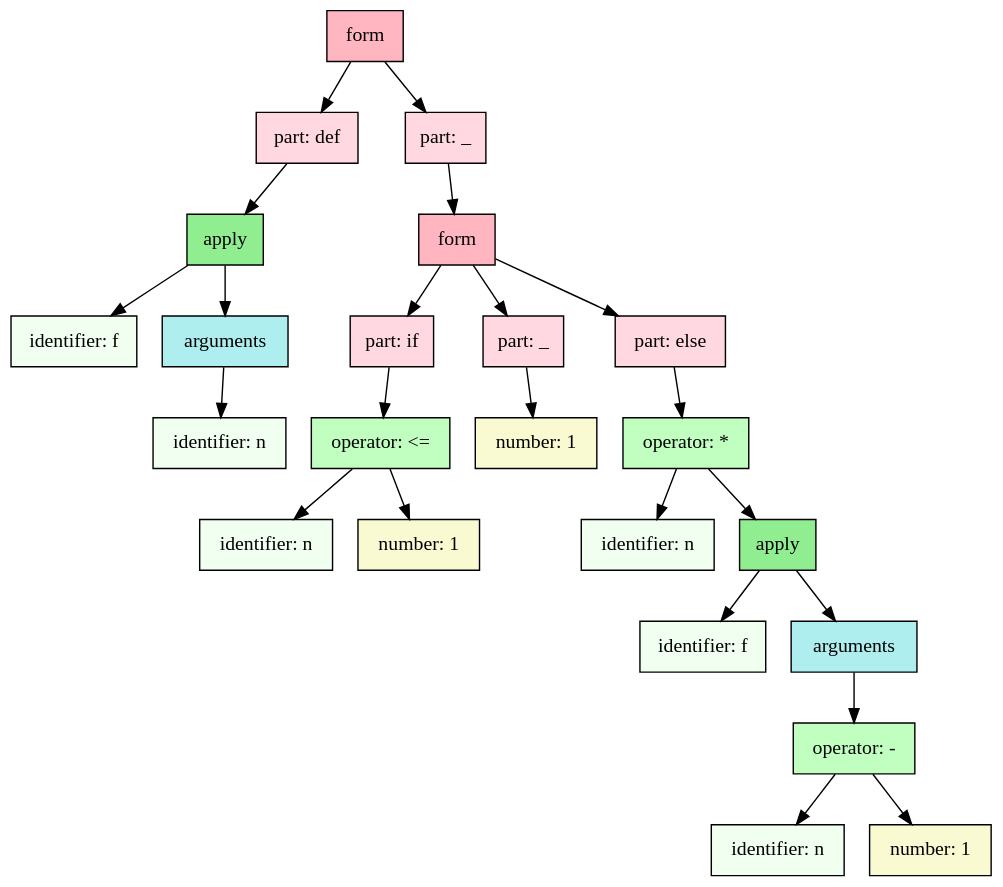
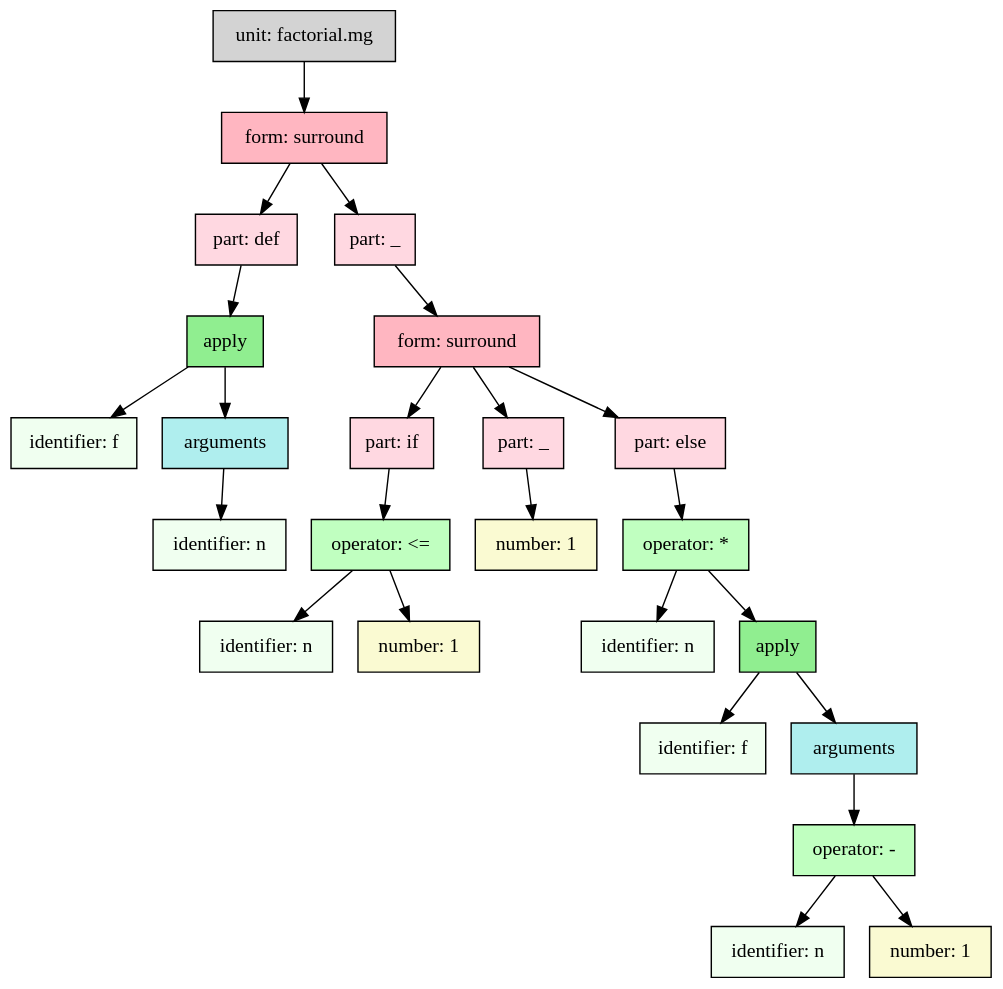
Before and after one commit to monogram-project/monogram: the second of 2 diagrams in docs/factorial.md, drawn with Graphviz. The commit also changed other lines of this file and 10 other files, not shown here.

````diff
--- a/docs/factorial.md
+++ b/docs/factorial.md
@@ -343,51 +358,53 @@
 ```dot
 digraph G {
   bgcolor="transparent";
   node [shape="box", style="filled", fontname="Ubuntu Mono"];
-  "125100571592000" [label="form", shape="box", fillcolor="lightpink"];
-  "125100571592080" [label="part: def", shape="box", fillcolor="#FFD8E1"];
-  "125100571592000" -> "125100571592080";
-  "125100571592160" [label="apply", shape="box", fillcolor="lightgreen"];
-  "125100571592080" -> "125100571592160";
-  "125100571592240" [label="identifier: f", shape="box", fillcolor="Honeydew"];
-  "125100571592160" -> "125100571592240";
-  "125100571592320" [label="arguments", shape="box", fillcolor="PaleTurquoise"];
-  "125100571592160" -> "125100571592320";
-  "125100571592400" [label="identifier: n", shape="box", fillcolor="Honeydew"];
-  "125100571592320" -> "125100571592400";
-  "125100571592480" [label="part: _", shape="box", fillcolor="#FFD8E1"];
-  "125100571592000" -> "125100571592480";
-  "125100571592560" [label="form", shape="box", fillcolor="lightpink"];
-  "125100571592480" -> "125100571592560";
-  "125100571592640" [label="part: if", shape="box", fillcolor="#FFD8E1"];
-  "125100571592560" -> "125100571592640";
-  "125100571592720" [label="operator: <=", shape="box", fillcolor="#C0FFC0"];
-  "125100571592640" -> "125100571592720";
-  "125100571592800" [label="identifier: n", shape="box", fillcolor="Honeydew"];
-  "125100571592720" -> "125100571592800";
-  "125100571592880" [label="number: 1", shape="box", fillcolor="lightgoldenrodyellow"];
-  "125100571592720" -> "125100571592880";
-  "125100571592960" [label="part: _", shape="box", fillcolor="#FFD8E1"];
-  "125100571592560" -> "125100571592960";
-  "125100571593040" [label="number: 1", shape="box", fillcolor="lightgoldenrodyellow"];
-  "125100571592960" -> "125100571593040";
-  "125100571593120" [label="part: else", shape="box", fillcolor="#FFD8E1"];
-  "125100571592560" -> "125100571593120";
-  "125100571593200" [label="operator: *", shape="box", fillcolor="#C0FFC0"];
-  "125100571593120" -> "125100571593200";
-  "125100571593280" [label="identifier: n", shape="box", fillcolor="Honeydew"];
-  "125100571593200" -> "125100571593280";
-  "125100571593360" [label="apply", shape="box", fillcolor="lightgreen"];
-  "125100571593200" -> "125100571593360";
-  "125100571593520" [label="identifier: f", shape="box", fillcolor="Honeydew"];
-  "125100571593360" -> "125100571593520";
-  "125100571593680" [label="arguments", shape="box", fillcolor="PaleTurquoise"];
-  "125100571593360" -> "125100571593680";
-  "125100571593840" [label="operator: -", shape="box", fillcolor="#C0FFC0"];
-  "125100571593680" -> "125100571593840";
-  "125100571594000" [label="identifier: n", shape="box", fillcolor="Honeydew"];
-  "125100571593840" -> "125100571594000";
-  "125100571594160" [label="number: 1", shape="box", fillcolor="lightgoldenrodyellow"];
-  "125100571593840" -> "125100571594160";
+  "node_0xc0000a8a50" [label="unit: factorial.mg", shape="box", fillcolor="lightgray"];
+  "node_0xc0000a89c0" [label="form: surround", shape="box", fillcolor="lightpink"];
+  "node_0xc0000a8a50" -> "node_0xc0000a89c0";
+  "node_0xc0000a8360" [label="part: def", shape="box", fillcolor="#FFD8E1"];
+  "node_0xc0000a89c0" -> "node_0xc0000a8360";
+  "node_0xc0000a8300" [label="apply", shape="box", fillcolor="lightgreen"];
+  "node_0xc0000a8360" -> "node_0xc0000a8300";
+  "node_0xc0000a8210" [label="identifier: f", shape="box", fillcolor="Honeydew"];
+  "node_0xc0000a8300" -> "node_0xc0000a8210";
+  "node_0xc0000a82a0" [label="arguments", shape="box", fillcolor="PaleTurquoise"];
+  "node_0xc0000a8300" -> "node_0xc0000a82a0";
+  "node_0xc0000a8270" [label="identifier: n", shape="box", fillcolor="Honeydew"];
+  "node_0xc0000a82a0" -> "node_0xc0000a8270";
+  "node_0xc0000a8990" [label="part: _", shape="box", fillcolor="#FFD8E1"];
+  "node_0xc0000a89c0" -> "node_0xc0000a8990";
+  "node_0xc0000a8900" [label="form: surround", shape="box", fillcolor="lightpink"];
+  "node_0xc0000a8990" -> "node_0xc0000a8900";
+  "node_0xc0000a84e0" [label="part: if", shape="box", fillcolor="#FFD8E1"];
+  "node_0xc0000a8900" -> "node_0xc0000a84e0";
+  "node_0xc0000a8480" [label="operator: <=", shape="box", fillcolor="#C0FFC0"];
+  "node_0xc0000a84e0" -> "node_0xc0000a8480";
+  "node_0xc0000a83c0" [label="identifier: n", shape="box", fillcolor="Honeydew"];
+  "node_0xc0000a8480" -> "node_0xc0000a83c0";
+  "node_0xc0000a8420" [label="number: 1", shape="box", fillcolor="lightgoldenrodyellow"];
+  "node_0xc0000a8480" -> "node_0xc0000a8420";
+  "node_0xc0000a85a0" [label="part: _", shape="box", fillcolor="#FFD8E1"];
+  "node_0xc0000a8900" -> "node_0xc0000a85a0";
+  "node_0xc0000a8540" [label="number: 1", shape="box", fillcolor="lightgoldenrodyellow"];
+  "node_0xc0000a85a0" -> "node_0xc0000a8540";
+  "node_0xc0000a88d0" [label="part: else", shape="box", fillcolor="#FFD8E1"];
+  "node_0xc0000a8900" -> "node_0xc0000a88d0";
+  "node_0xc0000a8870" [label="operator: *", shape="box", fillcolor="#C0FFC0"];
+  "node_0xc0000a88d0" -> "node_0xc0000a8870";
+  "node_0xc0000a8600" [label="identifier: n", shape="box", fillcolor="Honeydew"];
+  "node_0xc0000a8870" -> "node_0xc0000a8600";
+  "node_0xc0000a8810" [label="apply", shape="box", fillcolor="lightgreen"];
+  "node_0xc0000a8870" -> "node_0xc0000a8810";
+  "node_0xc0000a8660" [label="identifier: f", shape="box", fillcolor="Honeydew"];
+  "node_0xc0000a8810" -> "node_0xc0000a8660";
+  "node_0xc0000a87b0" [label="arguments", shape="box", fillcolor="PaleTurquoise"];
+  "node_0xc0000a8810" -> "node_0xc0000a87b0";
+  "node_0xc0000a8780" [label="operator: -", shape="box", fillcolor="#C0FFC0"];
+  "node_0xc0000a87b0" -> "node_0xc0000a8780";
+  "node_0xc0000a86c0" [label="identifier: n", shape="box", fillcolor="Honeydew"];
+  "node_0xc0000a8780" -> "node_0xc0000a86c0";
+  "node_0xc0000a8720" [label="number: 1", shape="box", fillcolor="lightgoldenrodyellow"];
+  "node_0xc0000a8780" -> "node_0xc0000a8720";
 }
 ```
````
